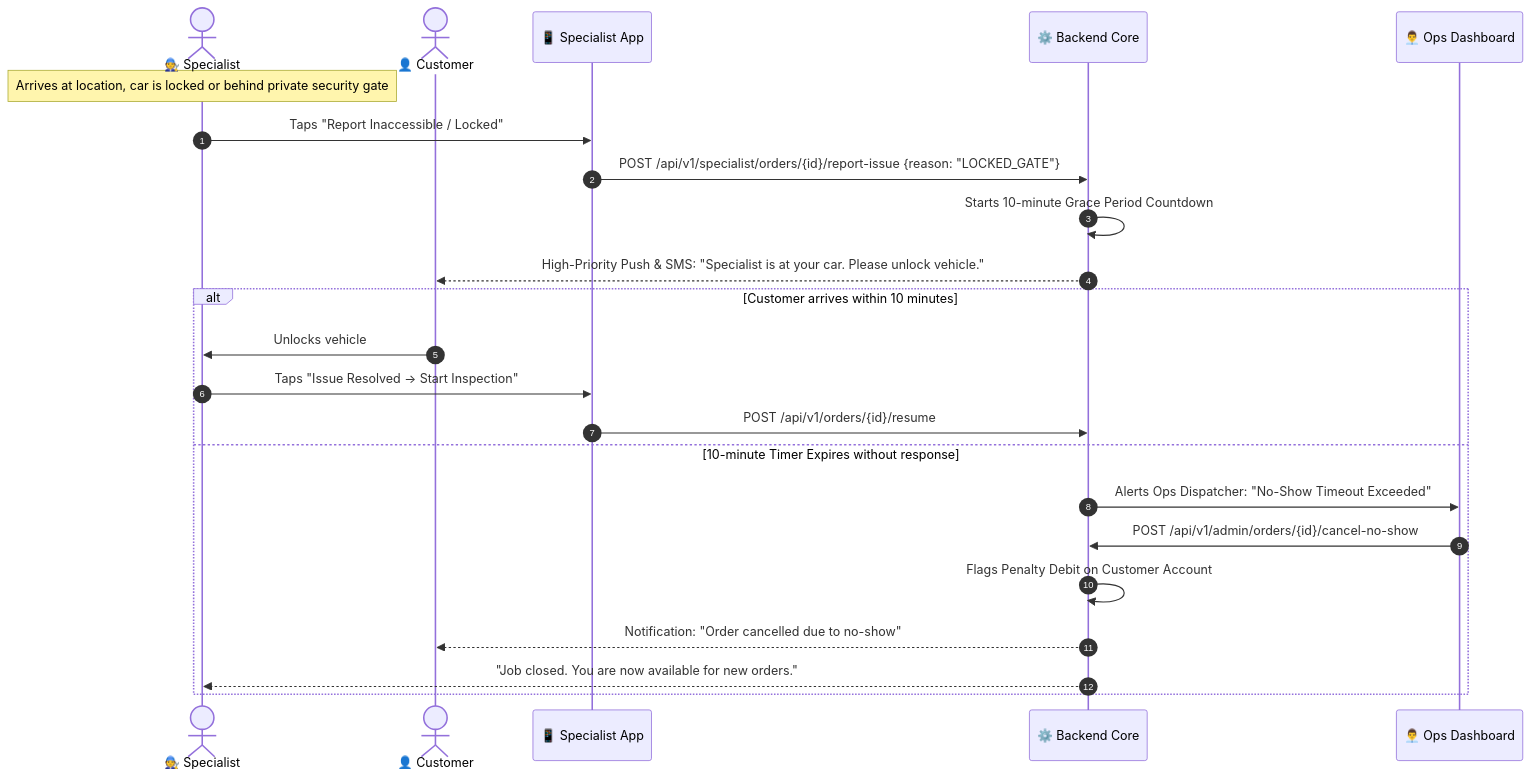
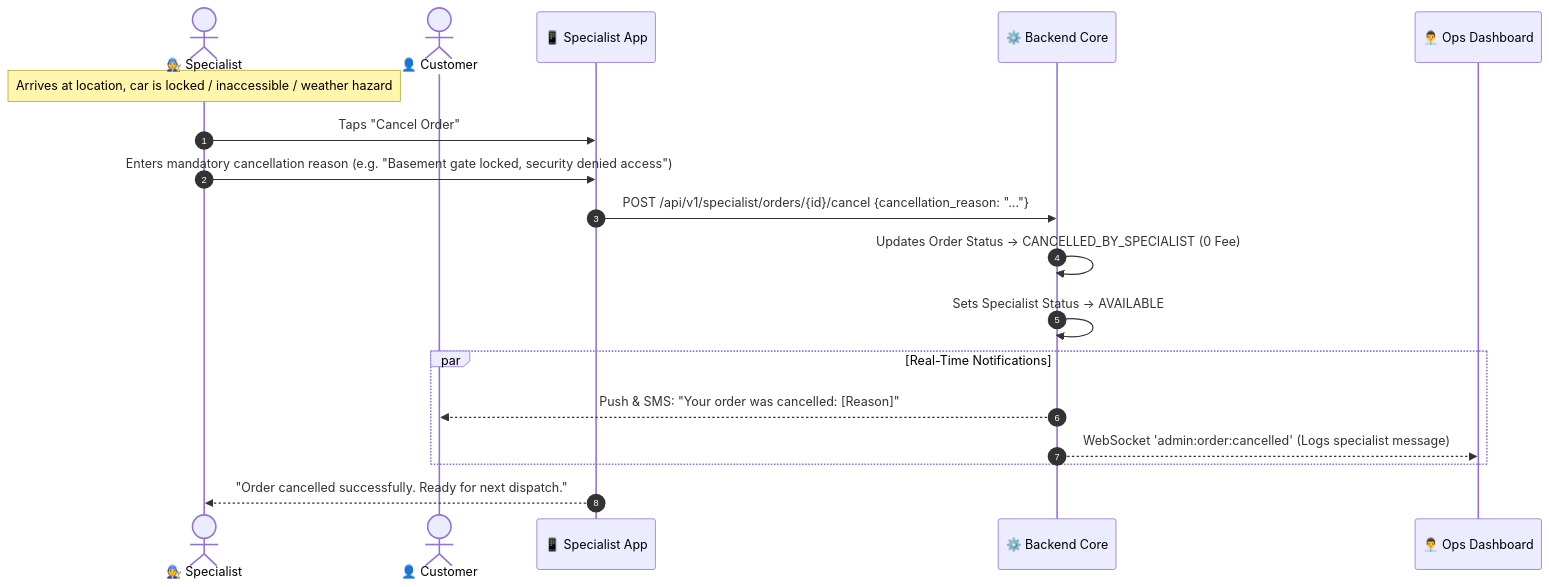
One commit to fsdevriver/800-doc changed the first of 2 diagrams in docs/business/exception-matrix.md. Above: the diagram before and after it, drawn with Mermaid. The commit also changed other lines of this file and 6 other files, not shown here.

Commit message:
feat: remove cancellation fees platform-wide and implement specialist cancellation with explanation message

````diff
--- a/docs/business/exception-matrix.md
+++ b/docs/business/exception-matrix.md
@@ -24,27 +23,24 @@
 ```mermaid
 sequenceDiagram
     autonumber
     actor Spec as 🧑‍🔧 Specialist
     actor Cust as 👤 Customer
     participant App as 📱 Specialist App
     participant API as ⚙️ Backend Core
     participant Ops as 👨‍💼 Ops Dashboard
 
-    Note over Spec: Arrives at location, car is locked or behind private security gate
-    Spec->>App: Taps "Report Inaccessible / Locked"
-    App->>API: POST /api/v1/specialist/orders/{id}/report-issue {reason: "LOCKED_GATE"}
-    API->>API: Starts 10-minute Grace Period Countdown
-    API-->>Cust: High-Priority Push & SMS: "Specialist is at your car. Please unlock vehicle."
+    Note over Spec: Arrives at location, car is locked / inaccessible / weather hazard
+    Spec->>App: Taps "Cancel Order"
+    Spec->>App: Enters mandatory cancellation reason (e.g. "Basement gate locked, security denied access")
+    App->>API: POST /api/v1/specialist/orders/{id}/cancel {cancellation_reason: "..."}
     
-    alt Customer arrives within 10 minutes
-        Cust->>Spec: Unlocks vehicle
-        Spec->>App: Taps "Issue Resolved -> Start Inspection"
-        App->>API: POST /api/v1/orders/{id}/resume
-    else 10-minute Timer Expires without response
-        API->>Ops: Alerts Ops Dispatcher: "No-Show Timeout Exceeded"
-        Ops->>API: POST /api/v1/admin/orders/{id}/cancel-no-show
-        API->>API: Flags Penalty Debit on Customer Account
-        API-->>Cust: Notification: "Order cancelled due to no-show"
-        API-->>Spec: "Job closed. You are now available for new orders."
+    API->>API: Updates Order Status -> CANCELLED_BY_SPECIALIST (0 Fee)
+    API->>API: Sets Specialist Status -> AVAILABLE
+    
+    par Real-Time Notifications
+        API-->>Cust: Push & SMS: "Your order was cancelled: [Reason]"
+        API-->>Ops: WebSocket 'admin:order:cancelled' (Logs specialist message)
     end
+    
+    App-->>Spec: "Order cancelled successfully. Ready for next dispatch."
 ```
````
